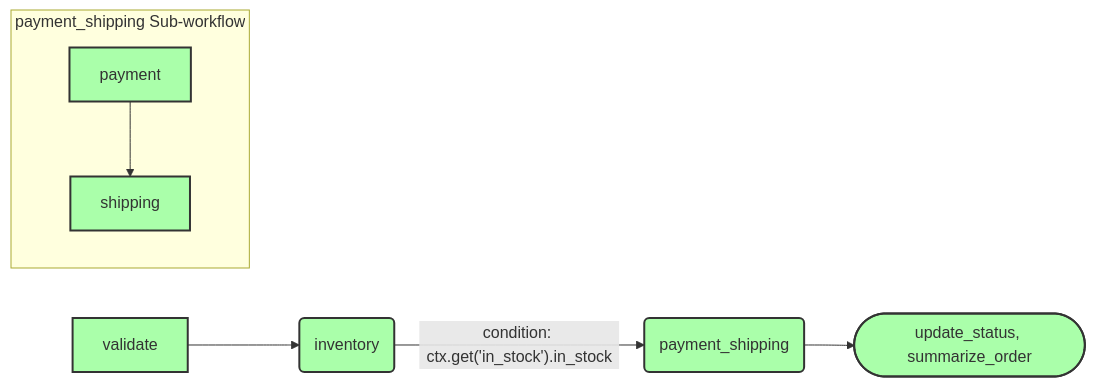
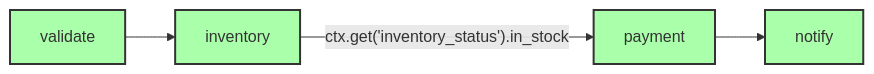
Before and after one commit to quantalogic/quantalogic: the sixth of 6 diagrams in quantalogic/flow/flow_yaml.md, drawn with Mermaid. The commit also changed other lines of this file and 3 other files, not shown here.

````diff
--- a/quantalogic/flow/flow_yaml.md
+++ b/quantalogic/flow/flow_yaml.md
@@ -442,15 +406,10 @@
 ```mermaid
 graph LR
-    A[validate] --> B(inventory);
-    B -- condition: ctx.get('in_stock').in_stock --> C(payment_shipping);
-    C --> D([update_status, summarize_order]);
-    subgraph payment_shipping Sub-workflow
-        E[payment] --> F[shipping]
-    end
+    A[validate] --> B[inventory];
+    B -- "ctx.get('inventory_status').in_stock" --> C[payment];
+    C --> D[notify];
     style A fill:#afa,stroke:#333,stroke-width:2px
     style B fill:#afa,stroke:#333,stroke-width:2px
     style C fill:#afa,stroke:#333,stroke-width:2px
     style D fill:#afa,stroke:#333,stroke-width:2px
-    style E fill:#afa,stroke:#333,stroke-width:2px
-    style F fill:#afa,stroke:#333,stroke-width:2px
 ```
````
